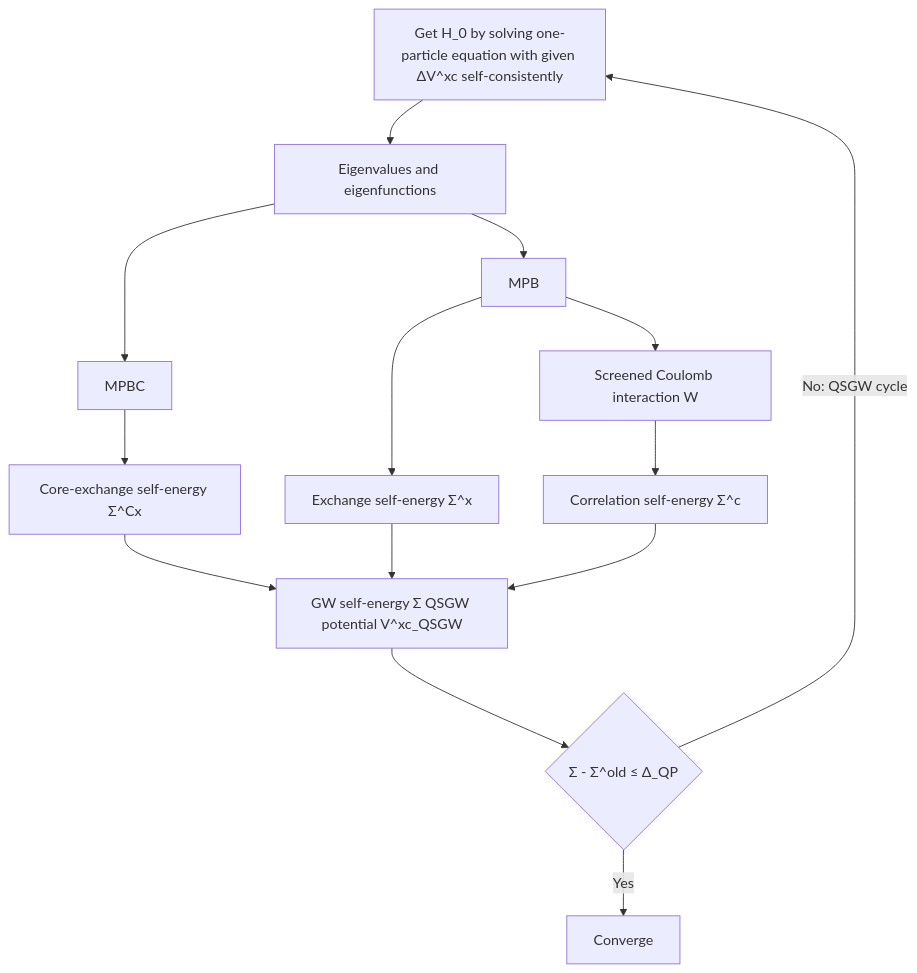
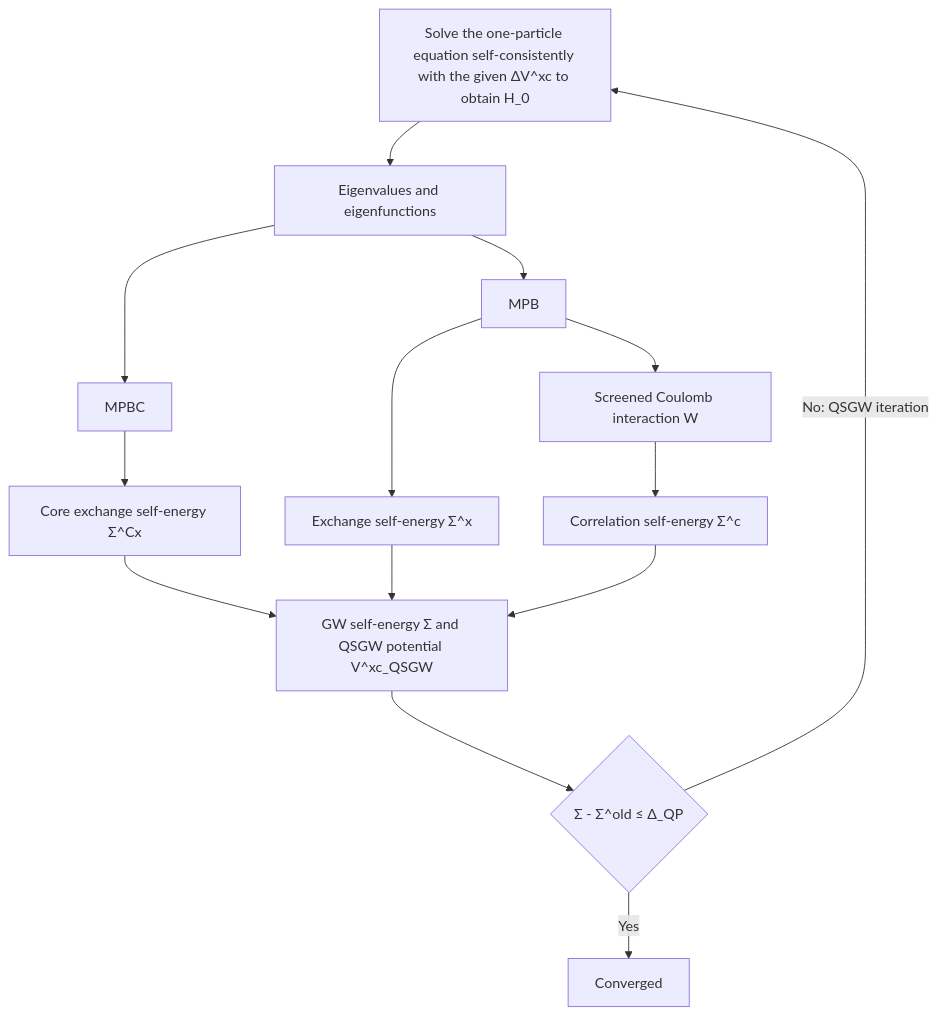
The diagram in ecaljdoc/en/theory/qsgw.md (tkotani/ecalj), drawn with Mermaid before and after one commit. The commit also changed other lines of this file and 17 other files, not shown here.

````diff
--- a/ecaljdoc/en/theory/qsgw.md
+++ b/ecaljdoc/en/theory/qsgw.md
@@ -66,16 +65,16 @@
 ```mermaid
 graph TD
-    A1[Get H_0 by solving one-particle equation with given ΔV^xc self-consistently] --> A2[Eigenvalues and eigenfunctions]
+    A1[Solve the one-particle equation self-consistently with the given ΔV^xc to obtain H_0] --> A2[Eigenvalues and eigenfunctions]
     A2 --> B1[MPBC]
     A2 --> B2[MPB]
-    B1 --> C1[Core-exchange self-energy Σ^Cx]
+    B1 --> C1[Core exchange self-energy Σ^Cx]
     B2 --> C2[Exchange self-energy Σ^x]
     B2 --> D1[Screened Coulomb interaction W]
     D1 --> C3[Correlation self-energy Σ^c]
-    C1 --> E1[GW self-energy Σ QSGW potential V^xc_QSGW]
+    C1 --> E1[GW self-energy Σ and QSGW potential V^xc_QSGW]
     C2 --> E1
     C3 --> E1
     E1 --> F1{Σ - Σ^old ≤ Δ_QP}
-    F1 -->|No: QSGW cycle| A1
-    F1 -->|Yes| G1[Converge]
+    F1 -->|No: QSGW iteration| A1
+    F1 -->|Yes| G1[Converged]
 ```
````
